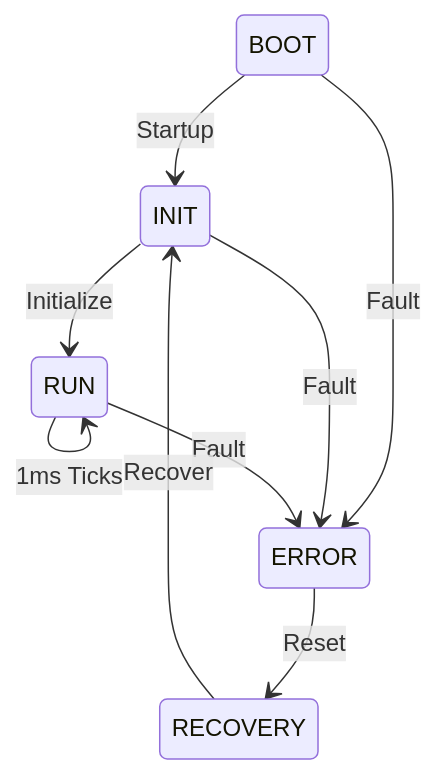
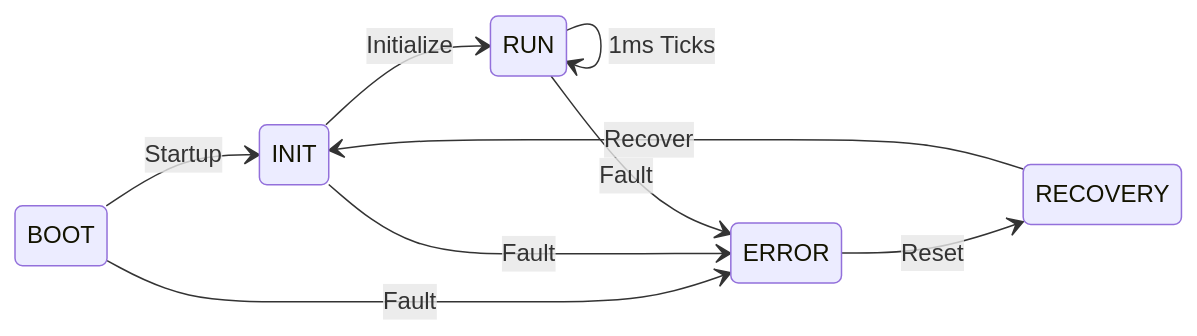
Before and after one commit to SuyashMullick/embedded-sensor-interface: the second of 2 diagrams in README.md, drawn with Mermaid.

Commit message:
docs: use stateDiagram-v2 LR layout to fix sharp loop edges

````diff
--- a/README.md
+++ b/README.md
@@ -48,14 +48,14 @@
 ```mermaid
 stateDiagram-v2
-    direction TB
+    direction LR
     BOOT --> INIT : Startup
     INIT --> RUN : Initialize
     RUN --> RUN : 1ms Ticks
     
     BOOT --> ERROR : Fault
     INIT --> ERROR : Fault
     RUN --> ERROR : Fault
     
     ERROR --> RECOVERY : Reset
     RECOVERY --> INIT : Recover
 ```
````
